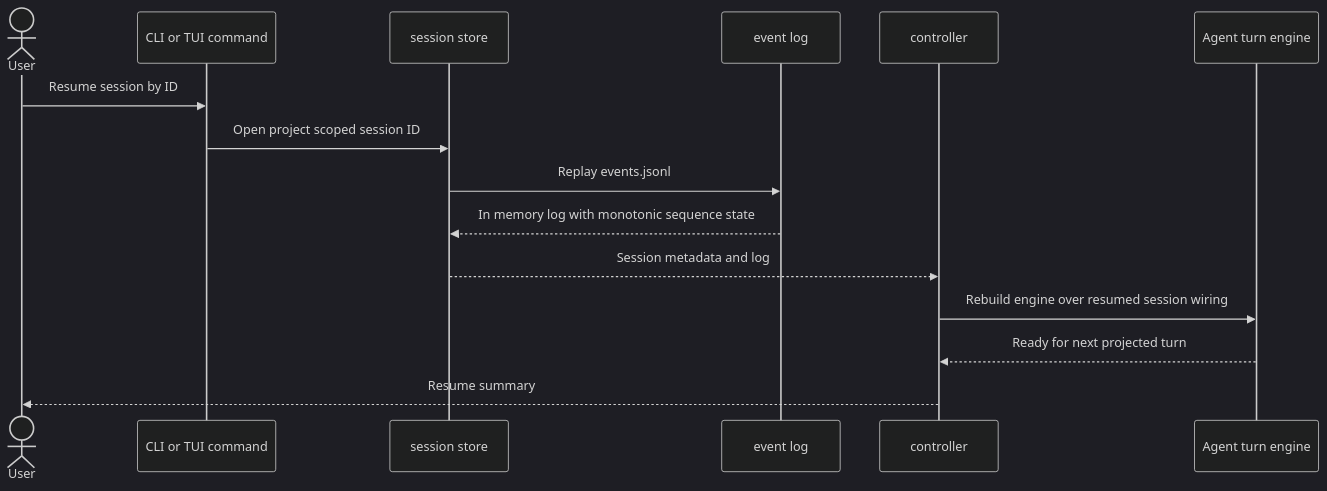
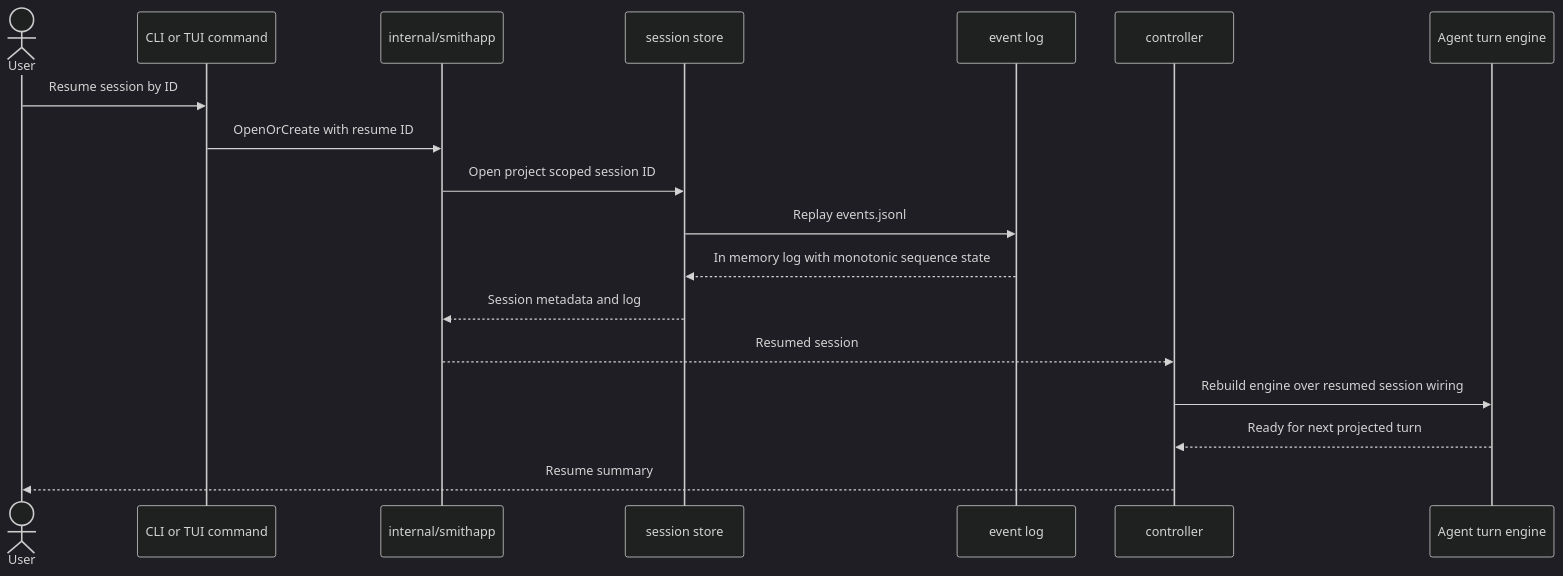
The third of 4 diagrams in docs/architecture/runtime-flows.md (tonitienda/agent-smith), drawn with Mermaid (dark theme) before and after one commit. The commit also changed other lines of this file and 2 other files, not shown here.

Commit message:
Update architecture docs for smithapp composition

````diff
--- a/docs/architecture/runtime-flows.md
+++ b/docs/architecture/runtime-flows.md
@@ -65,18 +65,21 @@
 ```mermaid
 sequenceDiagram
     actor User
     participant CommandFace as CLI or TUI command
+    participant SmithApp as internal/smithapp
     participant SessionStore as session store
     participant EventLog as event log
     participant ChatController as controller
     participant AgentLoop as Agent turn engine
 
     User->>CommandFace: Resume session by ID
-    CommandFace->>SessionStore: Open project scoped session ID
+    CommandFace->>SmithApp: OpenOrCreate with resume ID
+    SmithApp->>SessionStore: Open project scoped session ID
     SessionStore->>EventLog: Replay events.jsonl
     EventLog-->>SessionStore: In memory log with monotonic sequence state
-    SessionStore-->>ChatController: Session metadata and log
+    SessionStore-->>SmithApp: Session metadata and log
+    SmithApp-->>ChatController: Resumed session
     ChatController->>AgentLoop: Rebuild engine over resumed session wiring
     AgentLoop-->>ChatController: Ready for next projected turn
     ChatController-->>User: Resume summary
 ```
````
